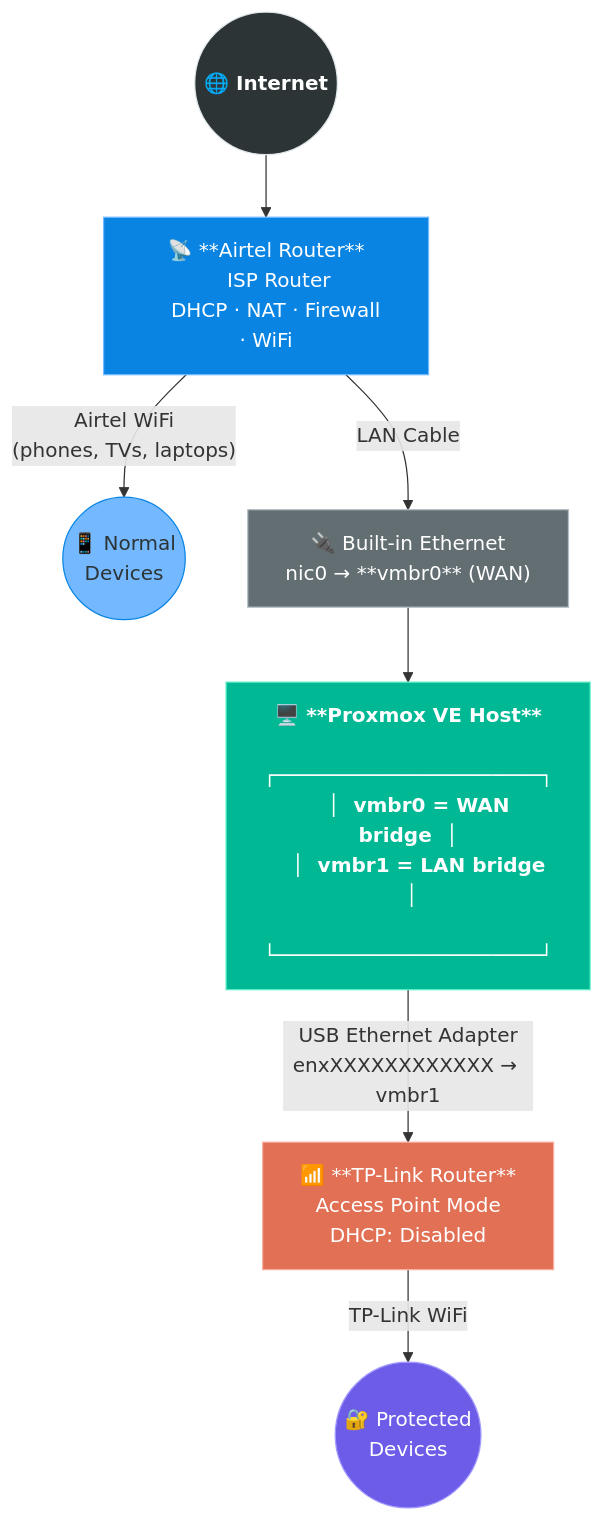
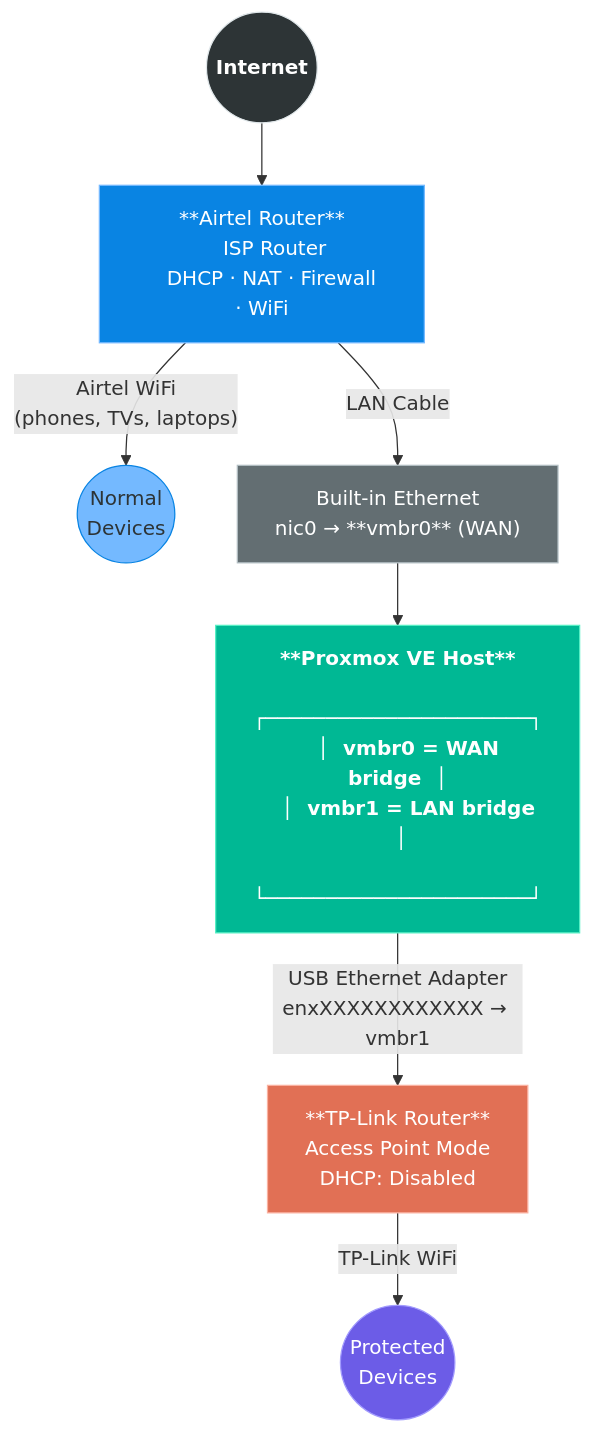
One commit to ull0sm/pfsense-config-notes changed the first of 2 diagrams in docs/01-the-goal.md. Above: the diagram before and after it, drawn with Mermaid. The commit also changed other lines of this file and 3 other files, not shown here.

````diff
--- a/docs/01-the-goal.md
+++ b/docs/01-the-goal.md
@@ -40,38 +40,38 @@
 ```mermaid
 flowchart TD
-    NET(("🌐 Internet")) --> AIRTEL
+    NET(("Internet")) --> AIRTEL
 
-    AIRTEL["📡 **Airtel Router**
+    AIRTEL["**Airtel Router**
     ISP Router
     DHCP · NAT · Firewall · WiFi"]
 
-    AIRTEL -->|"Airtel WiFi\n(phones, TVs, laptops)"| AWIFI(("📱 Normal\nDevices"))
+    AIRTEL -->|"Airtel WiFi\n(phones, TVs, laptops)"| AWIFI(("Normal\nDevices"))
     AIRTEL -->|"LAN Cable"| NIC0
 
-    NIC0["🔌 Built-in Ethernet
+    NIC0["Built-in Ethernet
     nic0 → **vmbr0** (WAN)"]
 
     NIC0 --> PVE
 
-    PVE["🖥️ **Proxmox VE Host**
+    PVE[" **Proxmox VE Host**
     ┌──────────────────────┐
     │  vmbr0 = WAN bridge  │
     │  vmbr1 = LAN bridge  │
     └──────────────────────┘"]
 
     PVE -->|"USB Ethernet Adapter\nenxXXXXXXXXXXXX → vmbr1"| TPLINK
 
-    TPLINK["📶 **TP-Link Router**
+    TPLINK["**TP-Link Router**
     Access Point Mode
     DHCP: Disabled"]
 
-    TPLINK -->|"TP-Link WiFi"| LWIFI(("🔐 Protected\nDevices"))
+    TPLINK -->|"TP-Link WiFi"| LWIFI(("Protected\nDevices"))
 
     style NET fill:#2d3436,stroke:#dfe6e9,color:#fff,font-weight:bold
     style AIRTEL fill:#0984e3,stroke:#74b9ff,color:#fff
     style NIC0 fill:#636e72,stroke:#b2bec3,color:#fff
     style PVE fill:#00b894,stroke:#55efc4,color:#fff,font-weight:bold
     style TPLINK fill:#e17055,stroke:#fab1a0,color:#fff
     style AWIFI fill:#74b9ff,stroke:#0984e3,color:#2d3436
     style LWIFI fill:#6c5ce7,stroke:#a29bfe,color:#fff
 ```
````
